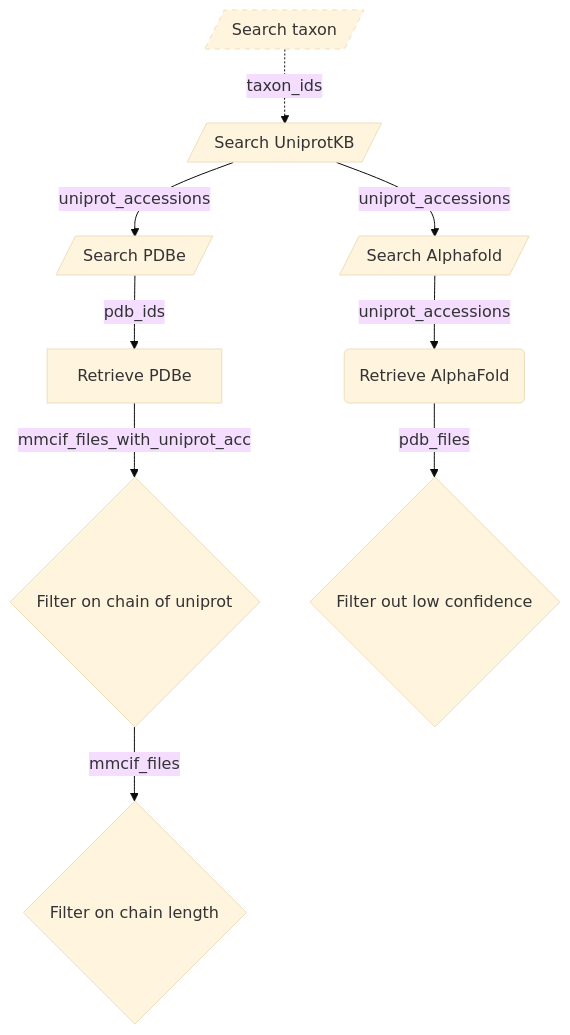
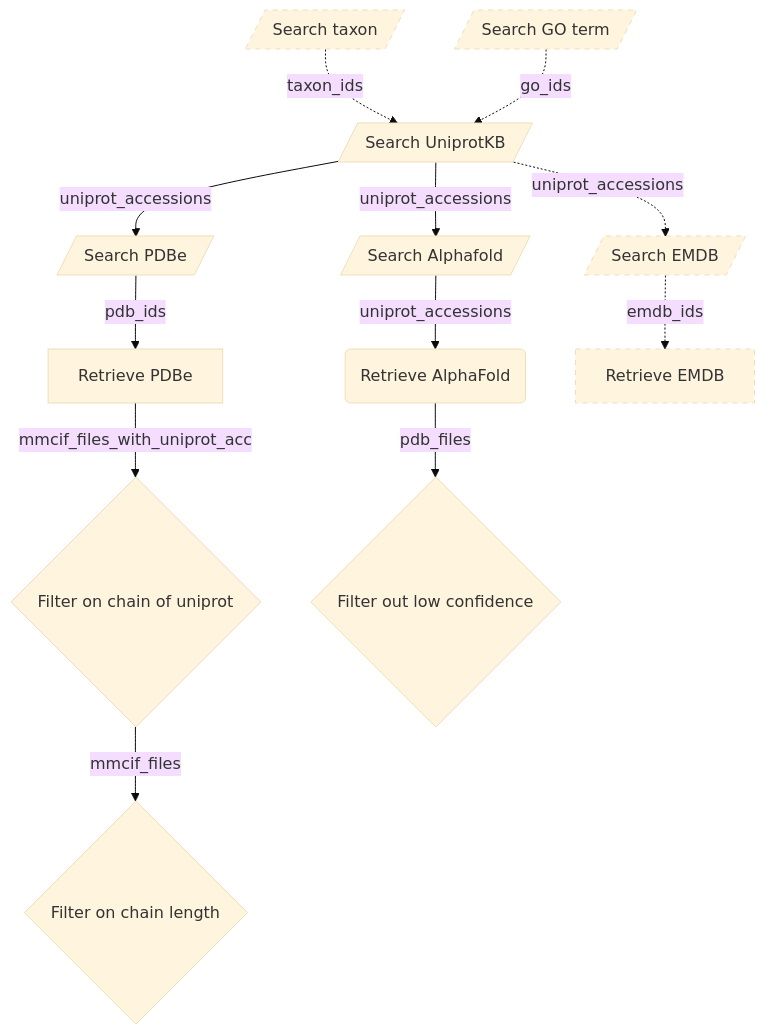
The diagram in README.md (haddocking/protein-quest), drawn with Mermaid (base theme) before and after one commit. The commit also changed other lines of this file, not shown here.

````diff
--- a/README.md
+++ b/README.md
@@ -23,13 +23,19 @@
 ```mermaid
 graph TB;
-    classDef dashedBorder stroke-dasharray: 5 5;
-    taxonomy[/Search taxon/]:::dashedBorder
     taxonomy[/Search taxon/] -. taxon_ids .-> searchuniprot[/Search UniprotKB/]
+    goterm[/Search GO term/] -. go_ids .-> searchuniprot[/Search UniprotKB/]
     searchuniprot --> |uniprot_accessions|searchpdbe[/Search PDBe/]
     searchuniprot --> |uniprot_accessions|searchaf[/Search Alphafold/]
+    searchuniprot -. uniprot_accessions .-> searchemdb[/Search EMDB/]
     searchpdbe -->|pdb_ids|fetchpdbe[Retrieve PDBe]
     searchaf --> |uniprot_accessions|fetchad(Retrieve AlphaFold)
+    searchemdb -. emdb_ids .->fetchemdb[Retrieve EMDB]
     fetchpdbe -->|mmcif_files_with_uniprot_acc| chainfilter{Filter on chain of uniprot}
     chainfilter --> |mmcif_files| residuefilter{Filter on chain length}
     fetchad -->|pdb_files| confidencefilter{Filter out low confidence}
+    classDef dashedBorder stroke-dasharray: 5 5;
+    goterm:::dashedBorder
+    taxonomy:::dashedBorder
+    searchemdb:::dashedBorder
+    fetchemdb:::dashedBorder
 ```
````
